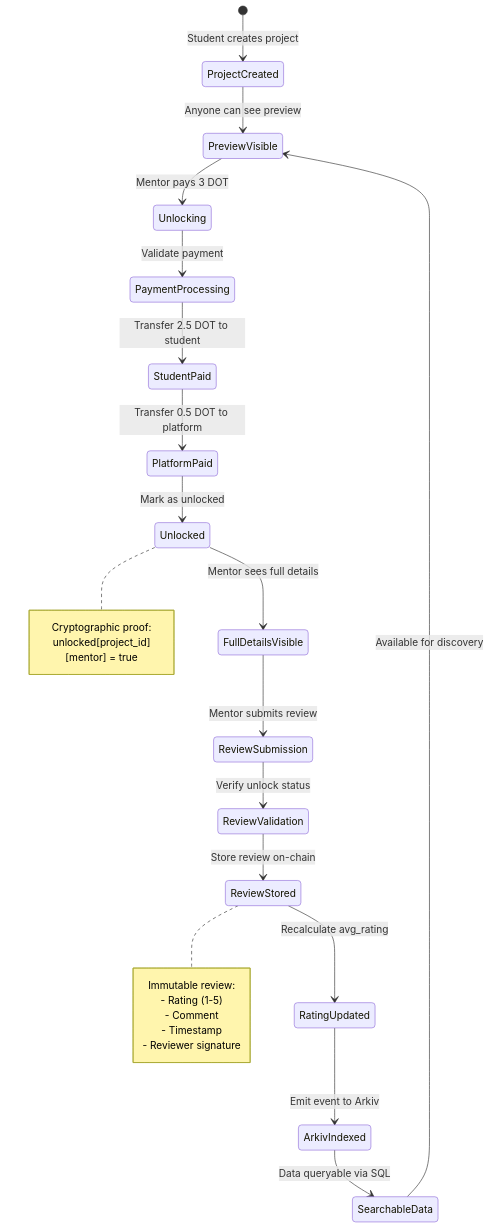
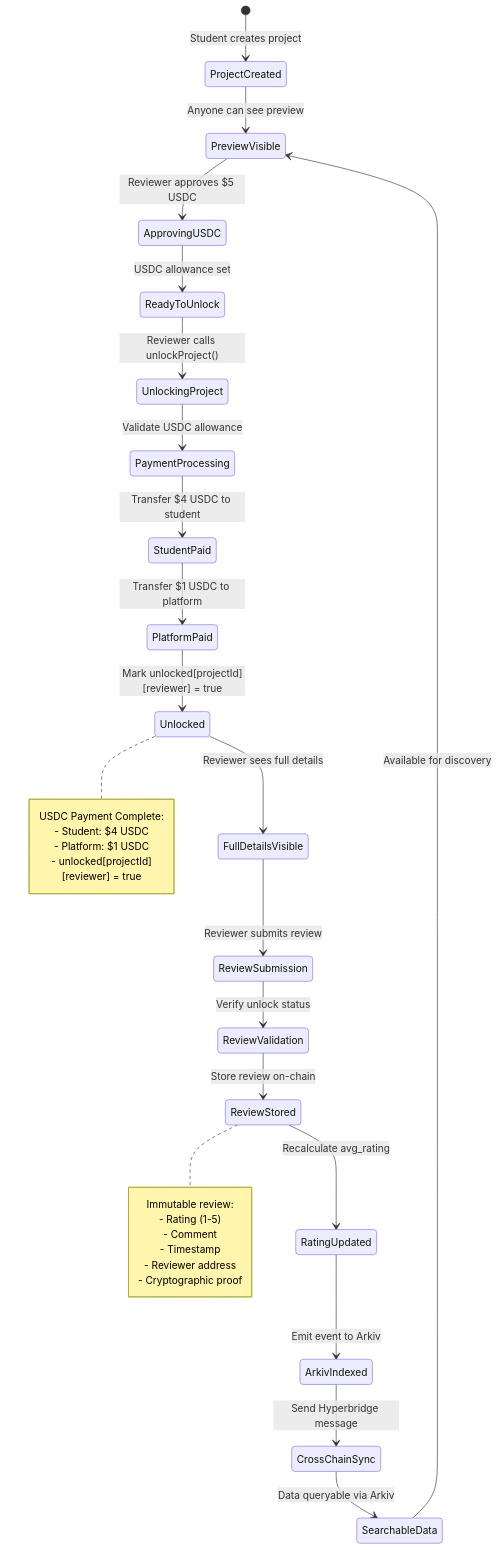
Before and after one commit to MarxMad/Sub0Polk: the fifth of 6 diagrams in README.md, drawn with Mermaid. The commit also changed other lines of this file, not shown here.

````diff
--- a/README.md
+++ b/README.md
@@ -217,36 +283,43 @@
 ```mermaid
 stateDiagram-v2
     [*] --> ProjectCreated: Student creates project
 
     ProjectCreated --> PreviewVisible: Anyone can see preview
-    PreviewVisible --> Unlocking: Mentor pays 3 DOT
+    PreviewVisible --> ApprovingUSDC: Reviewer approves $5 USDC
 
-    Unlocking --> PaymentProcessing: Validate payment
-    PaymentProcessing --> StudentPaid: Transfer 2.5 DOT to student
-    StudentPaid --> PlatformPaid: Transfer 0.5 DOT to platform
-    PlatformPaid --> Unlocked: Mark as unlocked
+    ApprovingUSDC --> ReadyToUnlock: USDC allowance set
+    ReadyToUnlock --> UnlockingProject: Reviewer calls unlockProject()
 
-    Unlocked --> FullDetailsVisible: Mentor sees full details
-    FullDetailsVisible --> ReviewSubmission: Mentor submits review
+    UnlockingProject --> PaymentProcessing: Validate USDC allowance
+    PaymentProcessing --> StudentPaid: Transfer $4 USDC to student
+    StudentPaid --> PlatformPaid: Transfer $1 USDC to platform
+    PlatformPaid --> Unlocked: Mark unlocked[projectId][reviewer] = true
+
+    Unlocked --> FullDetailsVisible: Reviewer sees full details
+    FullDetailsVisible --> ReviewSubmission: Reviewer submits review
 
     ReviewSubmission --> ReviewValidation: Verify unlock status
     ReviewValidation --> ReviewStored: Store review on-chain
     ReviewStored --> RatingUpdated: Recalculate avg_rating
     RatingUpdated --> ArkivIndexed: Emit event to Arkiv
+    ArkivIndexed --> CrossChainSync: Send Hyperbridge message
 
-    ArkivIndexed --> SearchableData: Data queryable via SQL
+    CrossChainSync --> SearchableData: Data queryable via Arkiv
     SearchableData --> PreviewVisible: Available for discovery
 
     note right of Unlocked
-        Cryptographic proof:
-        unlocked[project_id][mentor] = true
+        USDC Payment Complete:
+        - Student: $4 USDC
+        - Platform: $1 USDC
+        - unlocked[projectId][reviewer] = true
     end note
 
     note right of ReviewStored
         Immutable review:
         - Rating (1-5)
         - Comment
         - Timestamp
-        - Reviewer signature
+        - Reviewer address
+        - Cryptographic proof
     end note
 ```
````
